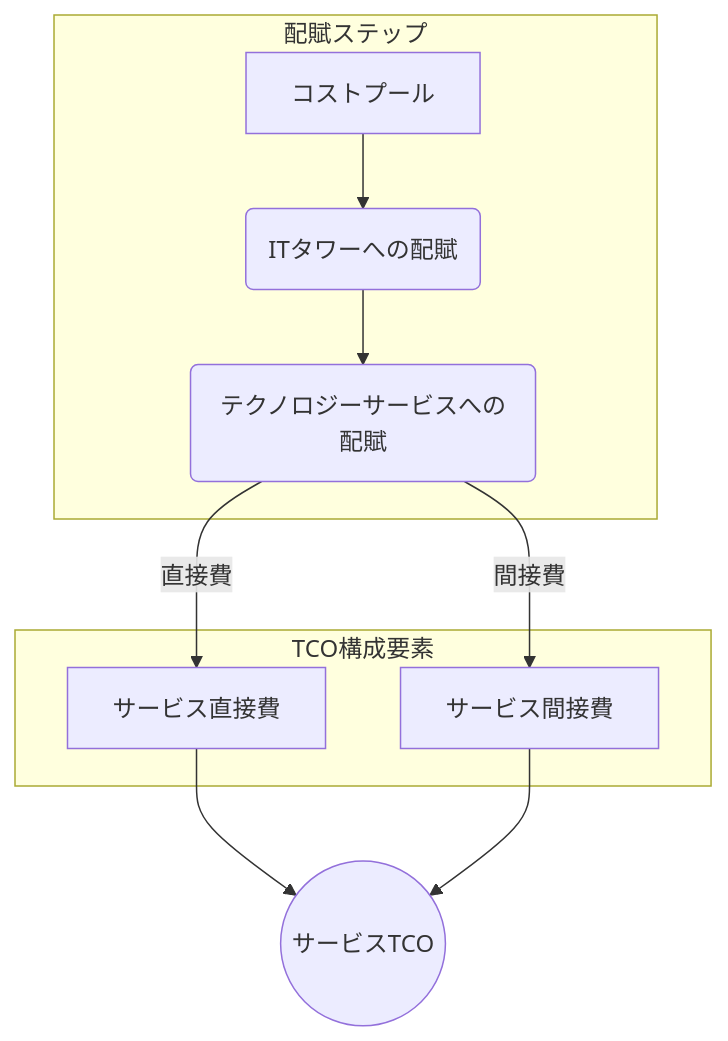
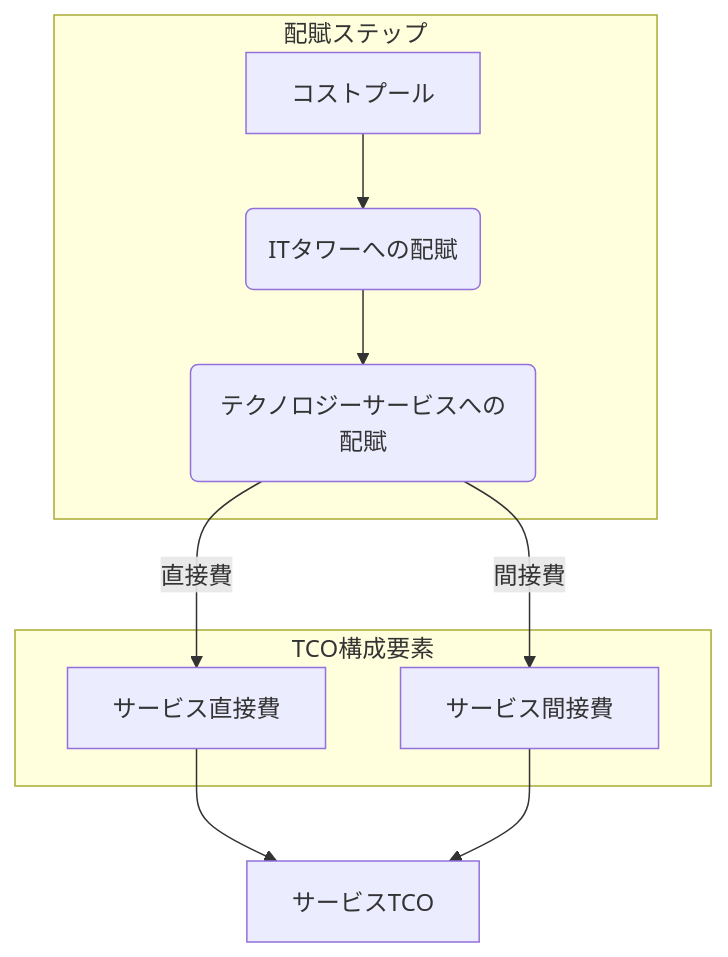
One commit to suwa-sh/zenn-contents changed the diagram in books/tbm-guide_202504/3.tbm-model.md. Above: the diagram before and after it, drawn with Mermaid. The commit also changed 2 other files, not shown here.

Commit message:
chore: 図解調整

````diff
--- a/books/tbm-guide_202504/3.tbm-model.md
+++ b/books/tbm-guide_202504/3.tbm-model.md
@@ -88,17 +88,17 @@
 ```mermaid
 graph TD  
     A[コストプール] --> B(ITタワーへの配賦);  
     B --> C(テクノロジーサービスへの配賦);  
     C -- 直接費 --> D[サービス直接費];  
     C -- 間接費 --> E[サービス間接費];  
-    D --> F((サービスTCO));  
+    D --> F[サービスTCO];  
     E --> F;
 
     subgraph 配賦ステップ  
         A; B; C;  
     end
 
     subgraph TCO構成要素  
         D; E;  
     end
 ```
````
